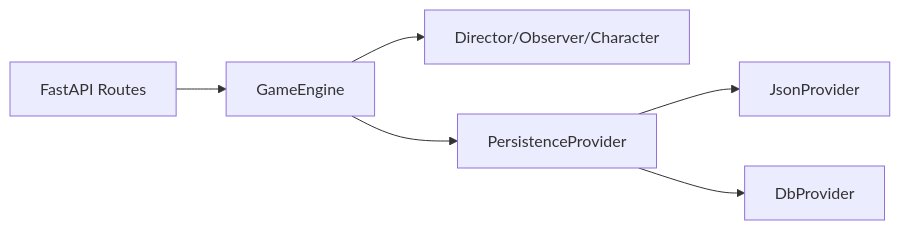
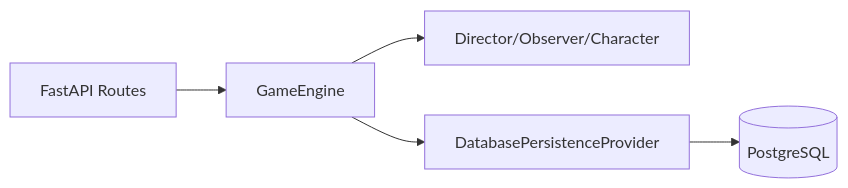
The first of 2 diagrams in documents/engineering_lead.md (aitorAG/agora), drawn with Mermaid before and after one commit. The commit also changed other lines of this file and 43 other files, not shown here.

````diff
--- a/documents/engineering_lead.md
+++ b/documents/engineering_lead.md
@@ -26,15 +23,13 @@
 ```mermaid
 flowchart LR
   API[FastAPI Routes]
   Engine[GameEngine]
   Dir[Director/Observer/Character]
-  Provider[PersistenceProvider]
-  Json[JsonProvider]
-  Db[DbProvider]
+  Provider[DatabasePersistenceProvider]
+  Db[(PostgreSQL)]
 
   API --> Engine
   Engine --> Dir
   Engine --> Provider
-  Provider --> Json
   Provider --> Db
 ```
````
